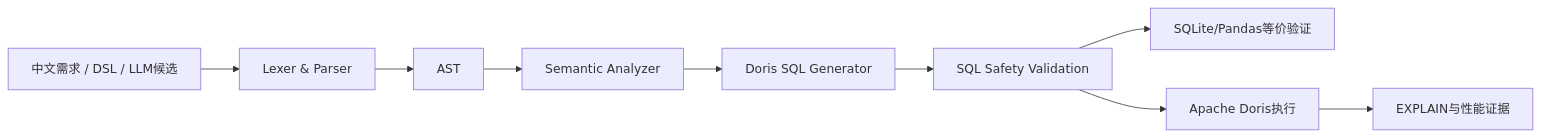
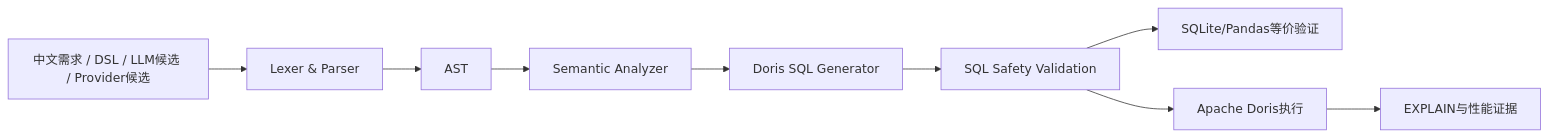
The diagram in submission_artifacts/technical_report.md (Alexd-star/findsl-forge), drawn with Mermaid before and after one commit. The commit also changed other lines of this file and 24 other files, not shown here.

````diff
--- a/submission_artifacts/technical_report.md
+++ b/submission_artifacts/technical_report.md
@@ -13,11 +13,11 @@
 ```mermaid
 flowchart LR
-  A["中文需求 / DSL / LLM候选"] --> B["Lexer & Parser"]
+  A["中文需求 / DSL / LLM候选 / Provider候选"] --> B["Lexer & Parser"]
   B --> C["AST"]
   C --> D["Semantic Analyzer"]
   D --> E["Doris SQL Generator"]
   E --> F["SQL Safety Validation"]
   F --> G["SQLite/Pandas等价验证"]
   F --> H["Apache Doris执行"]
   H --> I["EXPLAIN与性能证据"]
 ```
````
